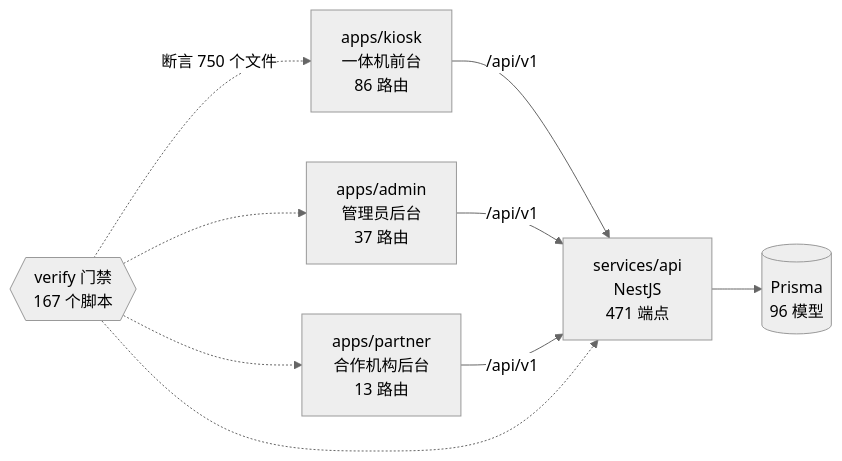
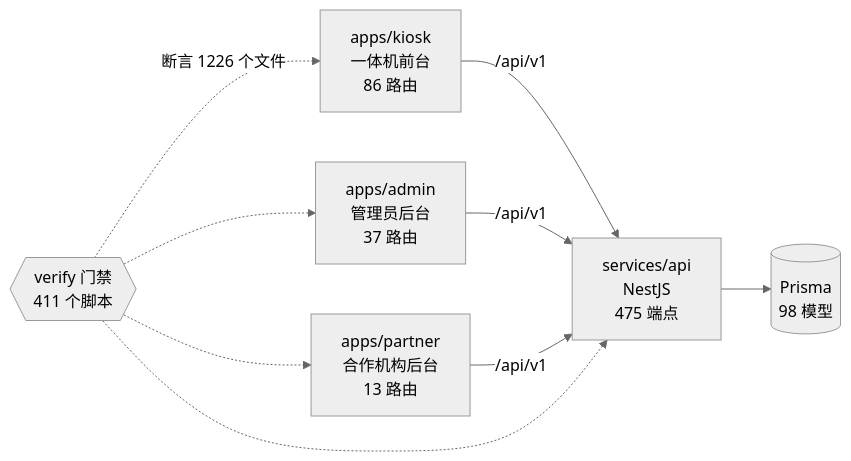
One commit to wanglei581/YITIJI changed the diagram in docs/graph/README.md. Above: the diagram before and after it, drawn with Mermaid (neutral theme). The commit also changed other lines of this file and 9 other files, not shown here.

First line of the commit message:
fix(graph): 图谱此前对 261 条 .ts 门禁系统性失明

````diff
--- a/docs/graph/README.md
+++ b/docs/graph/README.md
@@ -68,18 +68,18 @@
 ```mermaid
 flowchart LR
   kiosk["apps/kiosk<br/>一体机前台<br/>86 路由"]
   admin["apps/admin<br/>管理员后台<br/>37 路由"]
   partner["apps/partner<br/>合作机构后台<br/>13 路由"]
-  api["services/api<br/>NestJS<br/>471 端点"]
-  db[("Prisma<br/>96 模型")]
-  gates{{"verify 门禁<br/>167 个脚本"}}
+  api["services/api<br/>NestJS<br/>475 端点"]
+  db[("Prisma<br/>98 模型")]
+  gates{{"verify 门禁<br/>411 个脚本"}}
 
   kiosk -->|"/api/v1"| api
   admin -->|"/api/v1"| api
   partner -->|"/api/v1"| api
   api --> db
-  gates -.->|"断言 750 个文件"| kiosk
+  gates -.->|"断言 1226 个文件"| kiosk
   gates -.-> admin
   gates -.-> partner
   gates -.-> api
 ```
````
